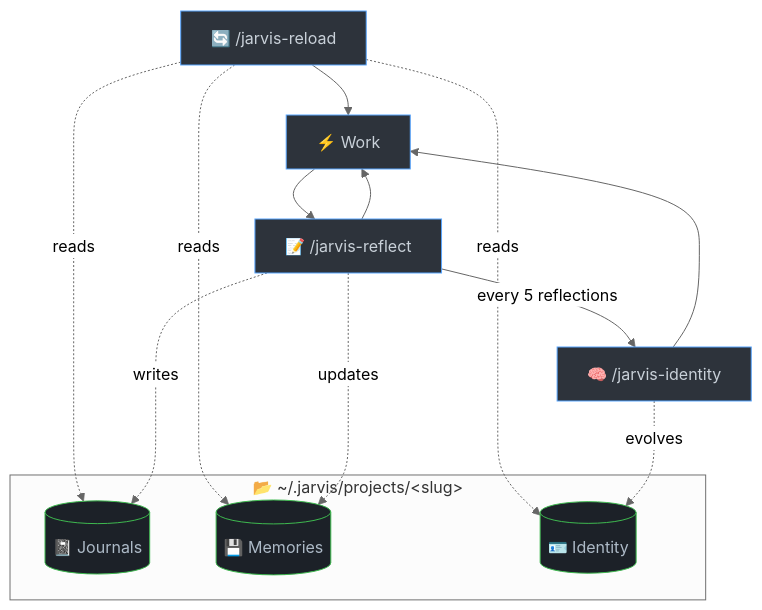
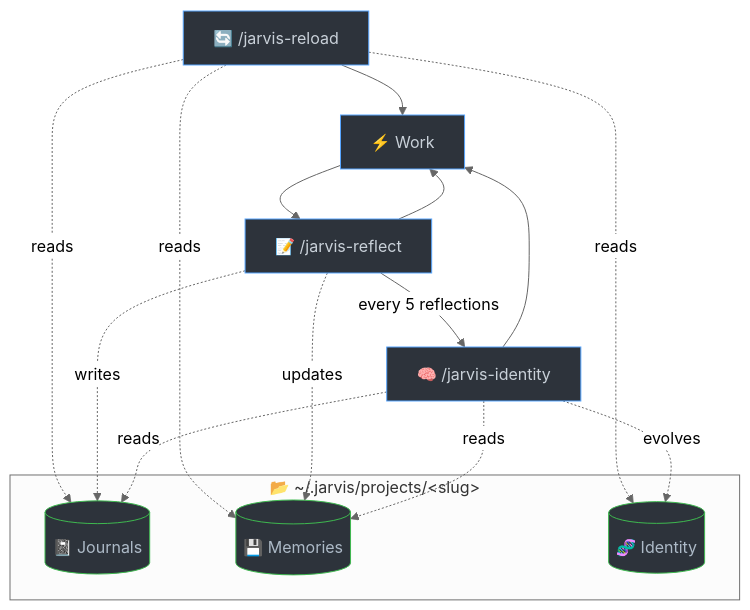
Before and after one commit to epicrunze/JaRVIS: the diagram in README.md, drawn with Mermaid (neutral theme).

Commit message:
edited mermaid diagram

````diff
--- a/README.md
+++ b/README.md
@@ -121,27 +121,29 @@
 ```mermaid
 flowchart TD
     A["🔄 /jarvis-reload"] --> B["⚡ Work"]
     B --> C["📝 /jarvis-reflect"]
     C --> B
     C -->|every 5 reflections| D["🧠 /jarvis-identity"]
     D --> B
 
     subgraph store ["📂 ~/.jarvis/projects/&lt;slug&gt;"]
         J[("📓 Journals")]
         M[("💾 Memories")]
-        I[("🪪 Identity")]
+        I[("🧬 Identity")]
     end
 
     A -. reads .-> I
     A -. reads .-> M
     A -. reads .-> J
     C -. writes .-> J
     C -. updates .-> M
+    D -. reads .-> M
+    D -. reads .-> J
     D -. evolves .-> I
 
     classDef cmd fill:#2d333b,stroke:#58a6ff,color:#c9d1d9
-    classDef data fill:#1c2128,stroke:#3fb950,color:#adbac7
+    classDef data fill:#2d333b,stroke:#3fb950,color:#adbac7
 
     class A,B,C,D cmd
     class J,M,I data
 ```
````
